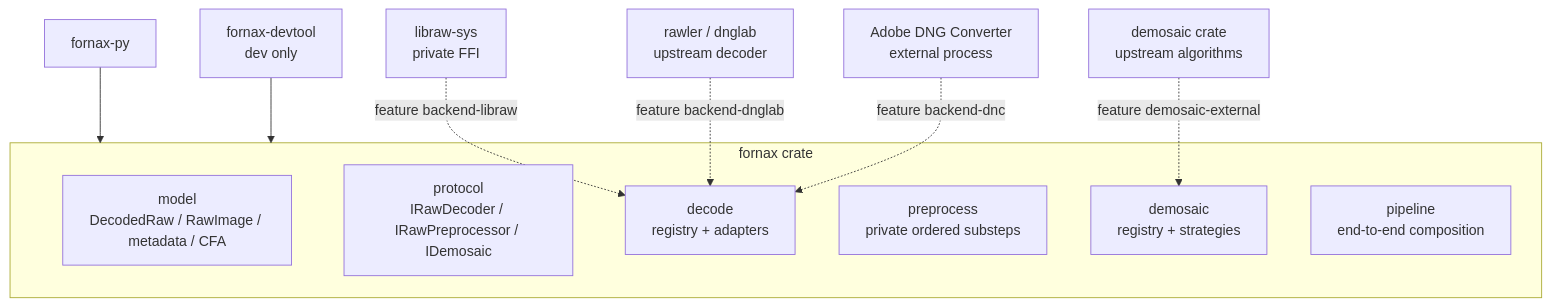
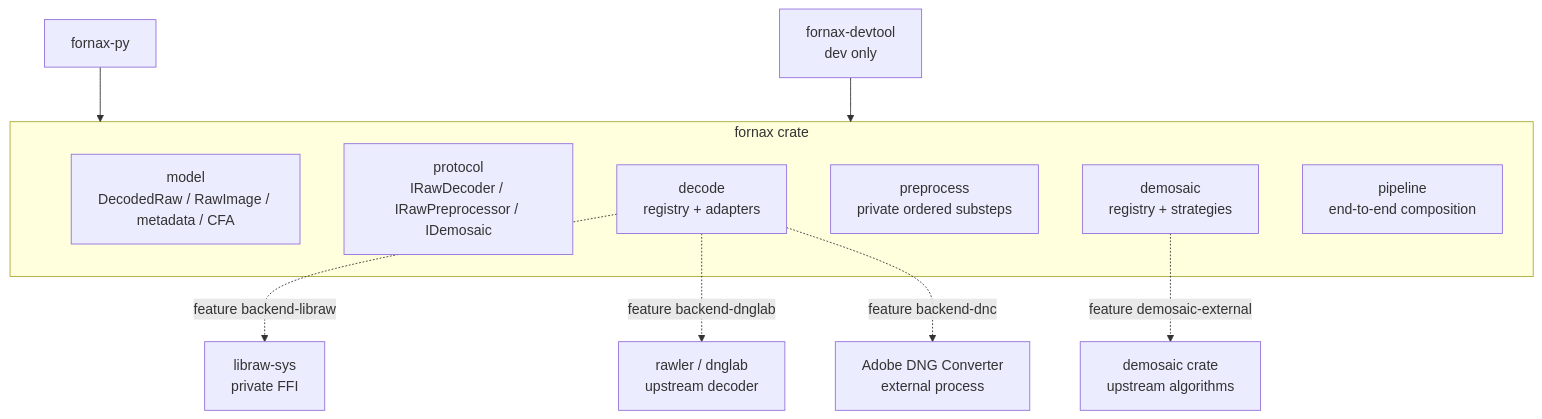
One commit to Glatzel/fornax changed the diagram in docs/raw-pipeline/architecture.md. Above: the diagram before and after it, drawn with Mermaid.

Commit message:
docs(impl-core-001): fix architecture dependency arrows

````diff
--- a/docs/raw-pipeline/architecture.md
+++ b/docs/raw-pipeline/architecture.md
@@ -13,19 +13,19 @@
 ```mermaid
 flowchart TB
     subgraph Fornax["fornax crate"]
         Model["model\nDecodedRaw / RawImage / metadata / CFA"]
         Protocol["protocol\nIRawDecoder / IRawPreprocessor / IDemosaic"]
         Decode["decode\nregistry + adapters"]
         Preprocess["preprocess\nprivate ordered substeps"]
         Demosaic["demosaic\nregistry + strategies"]
         Pipeline["pipeline\nend-to-end composition"]
     end
 
-    LibRawSys["libraw-sys\nprivate FFI"] -. feature backend-libraw .-> Decode
-    Rawler["rawler / dnglab\nupstream decoder"] -. feature backend-dnglab .-> Decode
-    DNC["Adobe DNG Converter\nexternal process"] -. feature backend-dnc .-> Decode
-    DemosaicCrate["demosaic crate\nupstream algorithms"] -. feature demosaic-external .-> Demosaic
+    Decode -. feature backend-libraw .-> LibRawSys["libraw-sys\nprivate FFI"]
+    Decode -. feature backend-dnglab .-> Rawler["rawler / dnglab\nupstream decoder"]
+    Decode -. feature backend-dnc .-> DNC["Adobe DNG Converter\nexternal process"]
+    Demosaic -. feature demosaic-external .-> DemosaicCrate["demosaic crate\nupstream algorithms"]
 
     Python["fornax-py"] --> Fornax
     Dev["fornax-devtool\ndev only"] --> Fornax
 ```
````
